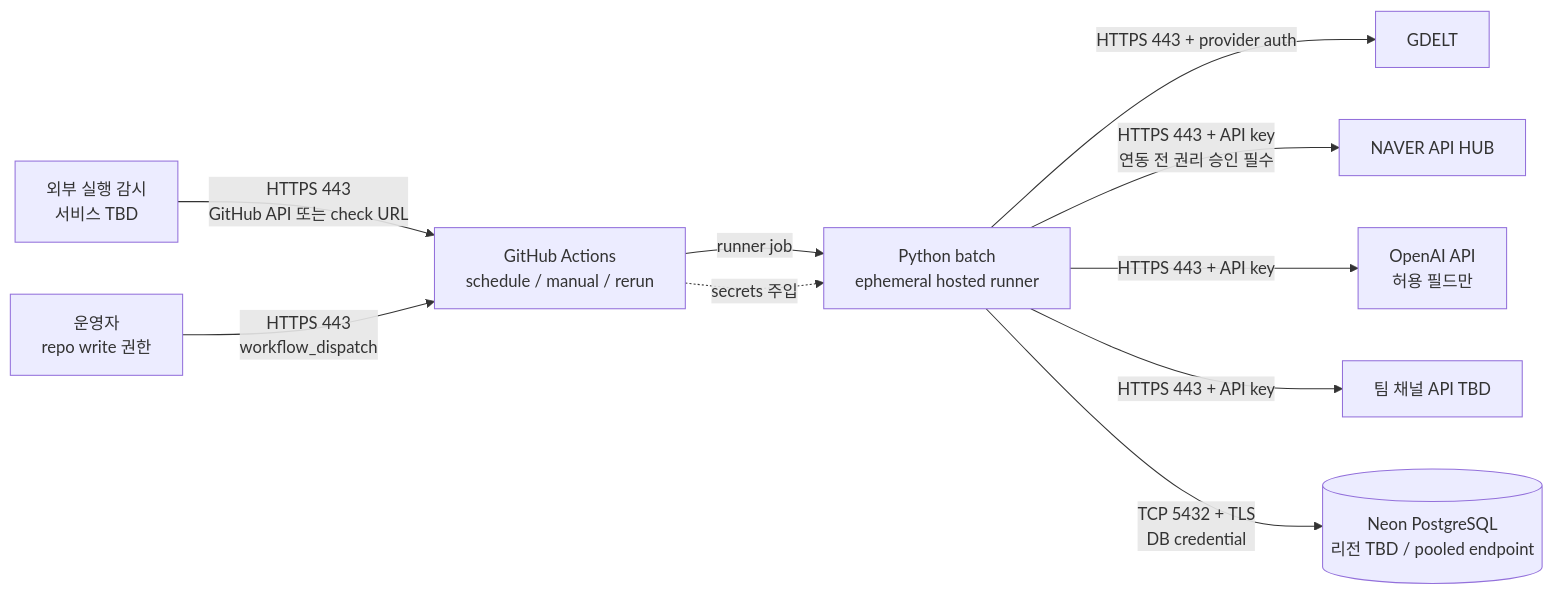
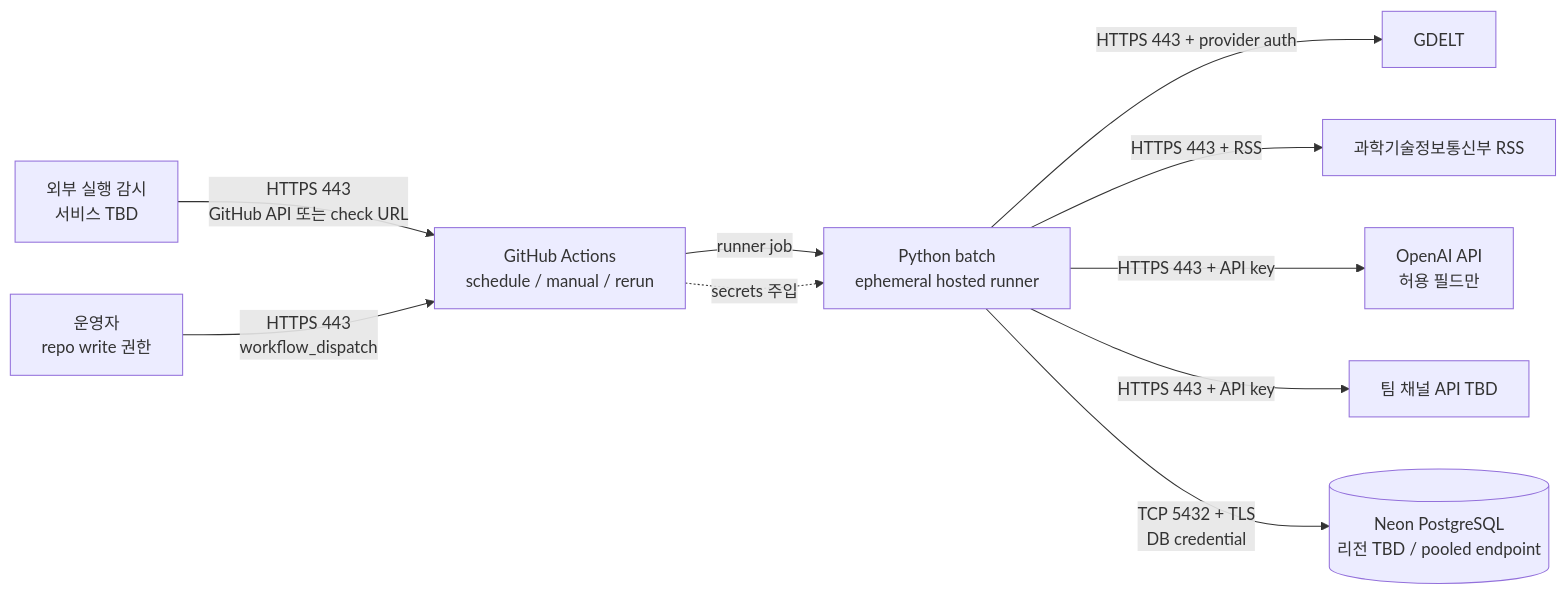
Before and after one commit to nuguri12/semiconductor-industry-briefing: the first of 2 diagrams in docs/system-architecture.md, drawn with Mermaid. The commit also changed other lines of this file and 11 other files, not shown here.

````diff
--- a/docs/system-architecture.md
+++ b/docs/system-architecture.md
@@ -34,12 +34,12 @@
 ```mermaid
 flowchart LR
   Mon[외부 실행 감시<br/>서비스 TBD] -->|HTTPS 443<br/>GitHub API 또는 check URL| GH[GitHub Actions<br/>schedule / manual / rerun]
   Op[운영자<br/>repo write 권한] -->|HTTPS 443<br/>workflow_dispatch| GH
   GH -->|runner job| Job[Python batch<br/>ephemeral hosted runner]
   Job -->|HTTPS 443 + provider auth| G[GDELT]
-  Job -->|HTTPS 443 + API key<br/>연동 전 권리 승인 필수| Nv[NAVER API HUB]
+  Job -->|HTTPS 443 + RSS| Msit[과학기술정보통신부 RSS]
   Job -->|HTTPS 443 + API key| AI[OpenAI API<br/>허용 필드만]
   Job -->|HTTPS 443 + API key| Msg[팀 채널 API TBD]
   Job -->|TCP 5432 + TLS<br/>DB credential| DB[(Neon PostgreSQL<br/>리전 TBD / pooled endpoint)]
   GH -. secrets 주입 .-> Job
 ```
````
